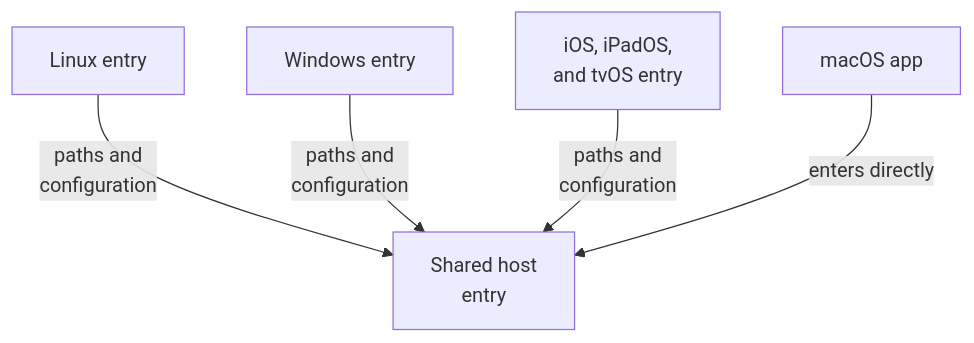
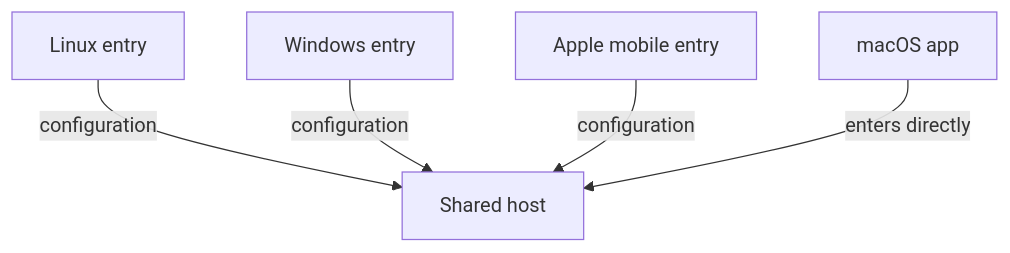
One commit to Aelbannan/boat_of_daphnes changed the second of 9 diagrams in docs/architecture/Host.md. Above: the diagram before and after it, drawn with Mermaid. The commit also changed other lines of this file, not shown here.

Commit message:
Simplify Host diagram labels

````diff
--- a/docs/architecture/Host.md
+++ b/docs/architecture/Host.md
@@ -58,18 +52,13 @@
 ```mermaid
 flowchart TD
     Linux["Linux entry"]
     Windows["Windows entry"]
-    Mobile["`iOS, iPadOS,
-and tvOS entry`"]
+    Mobile["Apple mobile entry"]
     Mac["macOS app"]
-    Host["`Shared host
-entry`"]
+    Host["Shared host"]
 
-    Linux -->|"`paths and
-configuration`"| Host
-    Windows -->|"`paths and
-configuration`"| Host
-    Mobile -->|"`paths and
-configuration`"| Host
+    Linux -->|"configuration"| Host
+    Windows -->|"configuration"| Host
+    Mobile -->|"configuration"| Host
     Mac -->|"enters directly"| Host
 ```
````
